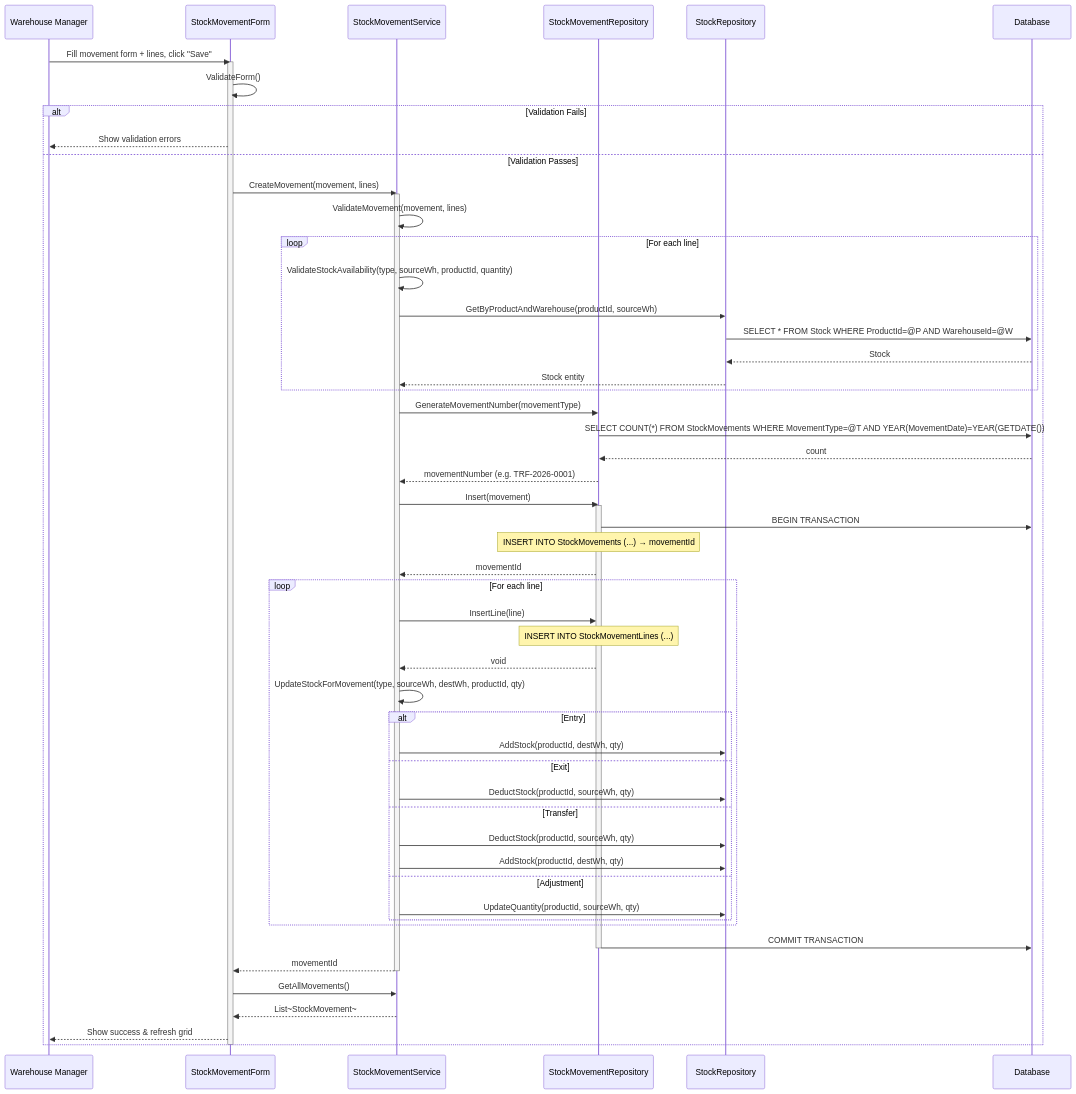
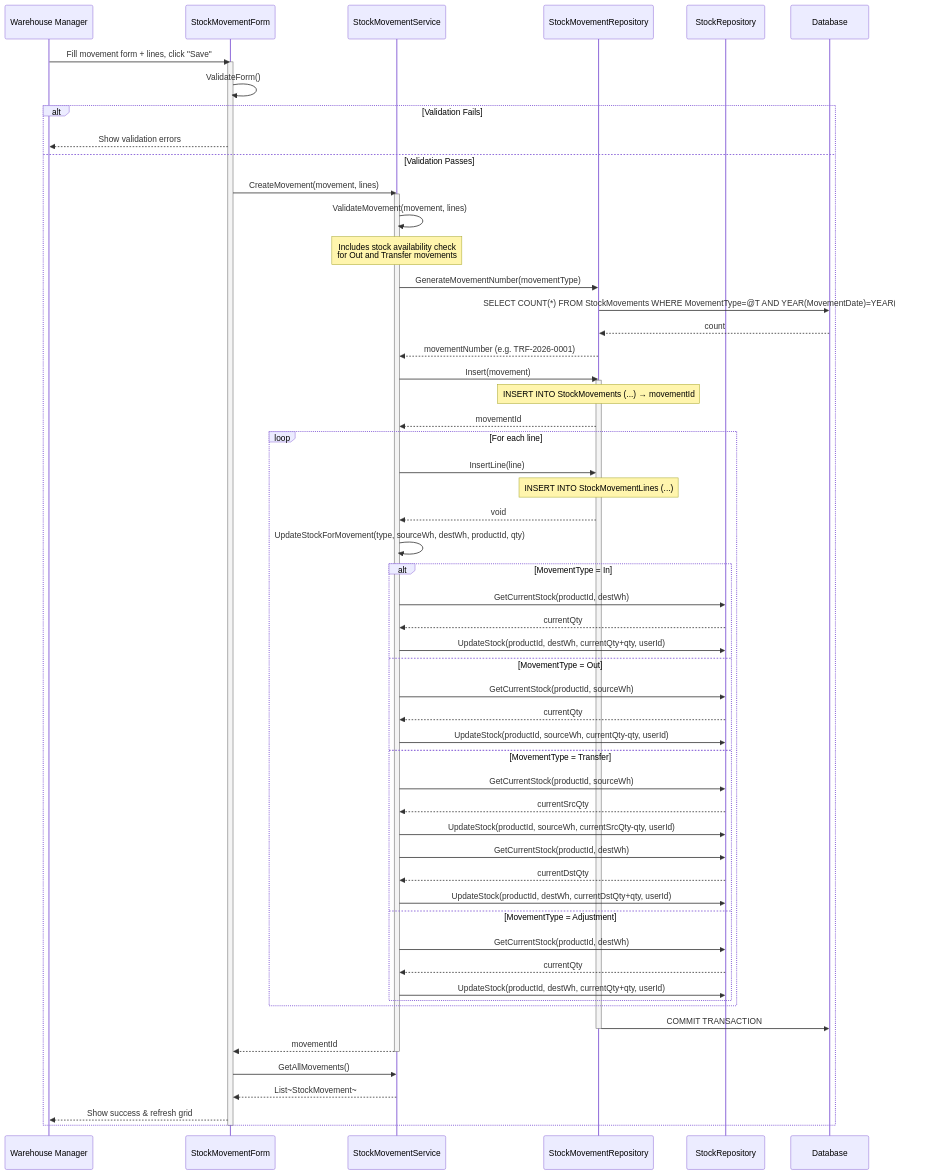
One commit to nahuk86/tp_diploma_nk_2026 changed the first of 9 diagrams in Documentation/UML_Diagrams/08_Stock_Movement_Process_Sequence_Diagram.md. Above: the diagram before and after it, drawn with Mermaid. The commit also changed other lines of this file and 4 other files, not shown here.

Commit message:
Update UML diagrams 08-12 to reflect actual implementation

````diff
--- a/Documentation/UML_Diagrams/08_Stock_Movement_Process_Sequence_Diagram.md
+++ b/Documentation/UML_Diagrams/08_Stock_Movement_Process_Sequence_Diagram.md
@@ -9,60 +9,63 @@
 ```mermaid
 sequenceDiagram
     participant User as Warehouse Manager
     participant UI as StockMovementForm
     participant MoveSvc as StockMovementService
     participant MoveRepo as StockMovementRepository
     participant StockRepo as StockRepository
     participant DB as Database
 
     User->>UI: Fill movement form + lines, click "Save"
     activate UI
     UI->>UI: ValidateForm()
     alt Validation Fails
         UI-->>User: Show validation errors
     else Validation Passes
         UI->>MoveSvc: CreateMovement(movement, lines)
         activate MoveSvc
         MoveSvc->>MoveSvc: ValidateMovement(movement, lines)
-        loop For each line
-            MoveSvc->>MoveSvc: ValidateStockAvailability(type, sourceWh, productId, quantity)
-            MoveSvc->>StockRepo: GetByProductAndWarehouse(productId, sourceWh)
-            StockRepo->>DB: SELECT * FROM Stock WHERE ProductId=@P AND WarehouseId=@W
-            DB-->>StockRepo: Stock
-            StockRepo-->>MoveSvc: Stock entity
-        end
+        Note over MoveSvc: Includes stock availability check<br/>for Out and Transfer movements
         MoveSvc->>MoveRepo: GenerateMovementNumber(movementType)
         MoveRepo->>DB: SELECT COUNT(*) FROM StockMovements WHERE MovementType=@T AND YEAR(MovementDate)=YEAR(GETDATE())
         DB-->>MoveRepo: count
         MoveRepo-->>MoveSvc: movementNumber (e.g. TRF-2026-0001)
         MoveSvc->>MoveRepo: Insert(movement)
         activate MoveRepo
-        MoveRepo->>DB: BEGIN TRANSACTION
         Note over MoveRepo: INSERT INTO StockMovements (...) → movementId
         MoveRepo-->>MoveSvc: movementId
         loop For each line
             MoveSvc->>MoveRepo: InsertLine(line)
             Note over MoveRepo: INSERT INTO StockMovementLines (...)
             MoveRepo-->>MoveSvc: void
             MoveSvc->>MoveSvc: UpdateStockForMovement(type, sourceWh, destWh, productId, qty)
-            alt Entry
-                MoveSvc->>StockRepo: AddStock(productId, destWh, qty)
-            else Exit
-                MoveSvc->>StockRepo: DeductStock(productId, sourceWh, qty)
-            else Transfer
-                MoveSvc->>StockRepo: DeductStock(productId, sourceWh, qty)
-                MoveSvc->>StockRepo: AddStock(productId, destWh, qty)
-            else Adjustment
-                MoveSvc->>StockRepo: UpdateQuantity(productId, sourceWh, qty)
+            alt MovementType = In
+                MoveSvc->>StockRepo: GetCurrentStock(productId, destWh)
+                StockRepo-->>MoveSvc: currentQty
+                MoveSvc->>StockRepo: UpdateStock(productId, destWh, currentQty+qty, userId)
+            else MovementType = Out
+                MoveSvc->>StockRepo: GetCurrentStock(productId, sourceWh)
+                StockRepo-->>MoveSvc: currentQty
+                MoveSvc->>StockRepo: UpdateStock(productId, sourceWh, currentQty-qty, userId)
+            else MovementType = Transfer
+                MoveSvc->>StockRepo: GetCurrentStock(productId, sourceWh)
+                StockRepo-->>MoveSvc: currentSrcQty
+                MoveSvc->>StockRepo: UpdateStock(productId, sourceWh, currentSrcQty-qty, userId)
+                MoveSvc->>StockRepo: GetCurrentStock(productId, destWh)
+                StockRepo-->>MoveSvc: currentDstQty
+                MoveSvc->>StockRepo: UpdateStock(productId, destWh, currentDstQty+qty, userId)
+            else MovementType = Adjustment
+                MoveSvc->>StockRepo: GetCurrentStock(productId, destWh)
+                StockRepo-->>MoveSvc: currentQty
+                MoveSvc->>StockRepo: UpdateStock(productId, destWh, currentQty+qty, userId)
             end
         end
         MoveRepo->>DB: COMMIT TRANSACTION
         deactivate MoveRepo
         MoveSvc-->>UI: movementId
         deactivate MoveSvc
         UI->>MoveSvc: GetAllMovements()
         MoveSvc-->>UI: List~StockMovement~
         UI-->>User: Show success & refresh grid
     end
     deactivate UI
 ```
````
